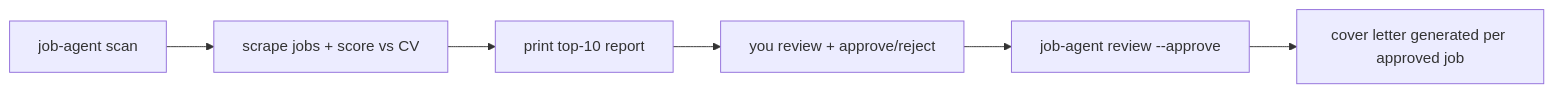
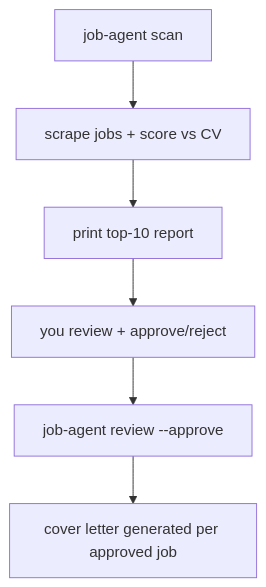
Before and after one commit to yuliang419/job-application-agent: the diagram in README.md, drawn with Mermaid.

Commit message:
fix flowchart

````diff
--- a/README.md
+++ b/README.md
@@ -8,8 +8,8 @@
 ```mermaid
-flowchart LR
+flowchart TD
     A["job-agent scan"] --> B["scrape jobs + score vs CV"]
     B --> C["print top-10 report"]
     C --> D["you review + approve/reject"]
     D --> E["job-agent review --approve <url>"]
     E --> F["cover letter generated per approved job"]
 ```
````
